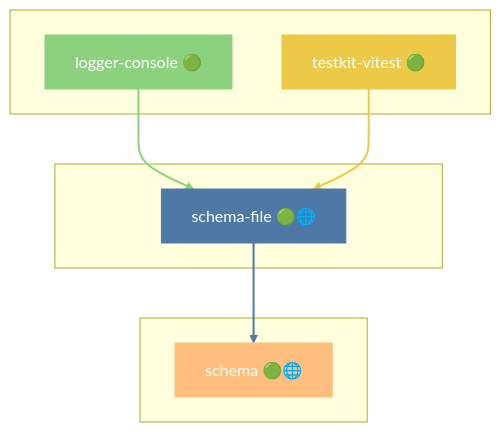
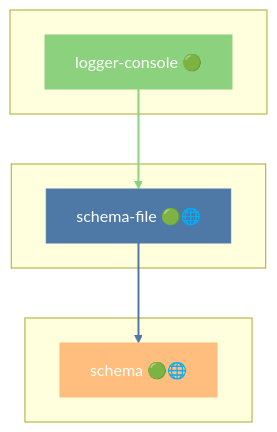
One commit to grest-ts/grest-ts changed diagram 38 of 46 in docs/DEPENDENCIES.md. Above: the diagram before and after it, drawn with Mermaid. The commit also changed other lines of this file and 2 other files, not shown here.

````diff
--- a/docs/DEPENDENCIES.md
+++ b/docs/DEPENDENCIES.md
@@ -1943,23 +1897,19 @@
 ```mermaid
 flowchart TB
     subgraph Dependents[" "]
         logger-console["logger-console 🟢"]
-        testkit-vitest["testkit-vitest 🟢"]
     end
     subgraph Package[" "]
         schema-file["schema-file 🟢🌐"]
     end
     subgraph Dependencies[" "]
         schema["schema 🟢🌐"]
     end
     logger-console --> schema-file
-    testkit-vitest --> schema-file
     schema-file --> schema
     style schema-file fill:#4E79A7,stroke:#4E79A7,color:#fff
     style logger-console fill:#8CD17D,stroke:#8CD17D,color:#fff
-    style testkit-vitest fill:#EDC948,stroke:#EDC948,color:#fff
     style schema fill:#FFBE7D,stroke:#FFBE7D,color:#fff
     linkStyle 0 stroke:#8CD17D,stroke-width:2px
-    linkStyle 1 stroke:#EDC948,stroke-width:2px
-    linkStyle 2 stroke:#4E79A7,stroke-width:2px
+    linkStyle 1 stroke:#4E79A7,stroke-width:2px
 ```
````
